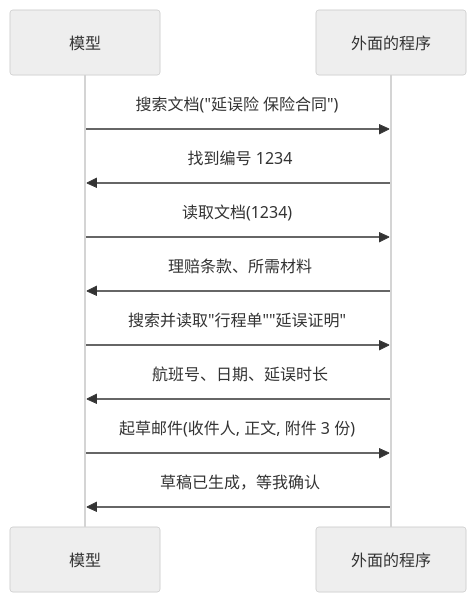
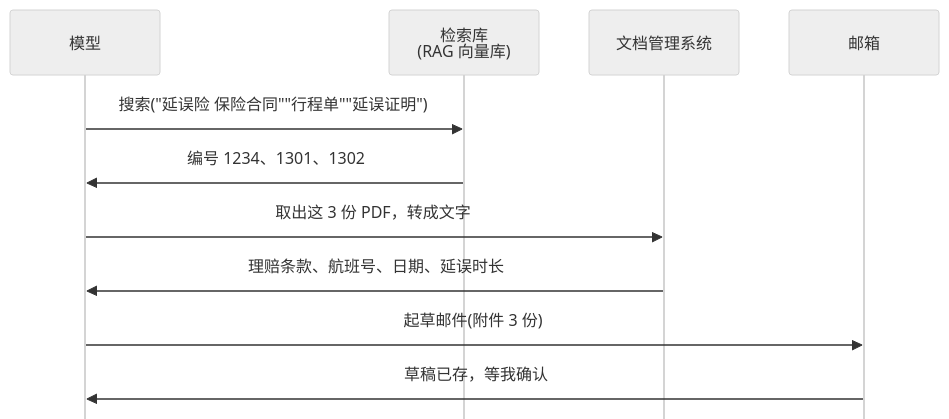
The fourth of 7 diagrams in slides.md (rangerqu/intro-agentic-ai), drawn with Mermaid (neutral theme) before and after one commit. The commit also changed other lines of this file and 1 other file, not shown here.

First line of the commit message:
Nine revisions: cover, hallucination intro, method sources, tool use actors, skill structure, MCP guideline check, subagent wording, Harness data isolation, seminar-minutes example

````diff
--- a/slides.md
+++ b/slides.md
@@ -1406,13 +1399,14 @@
 ```mermaid {scale: 0.6}
+%%{init: {"sequence": {"mirrorActors": false}}}%%
 sequenceDiagram
   participant M as 模型
-  participant T as 外面的程序
-  M->>T: 搜索文档("延误险 保险合同")
-  T->>M: 找到编号 1234
-  M->>T: 读取文档(1234)
-  T->>M: 理赔条款、所需材料
-  M->>T: 搜索并读取"行程单""延误证明"
-  T->>M: 航班号、日期、延误时长
-  M->>T: 起草邮件(收件人, 正文, 附件 3 份)
-  T->>M: 草稿已生成，等我确认
+  participant R as 检索库<br/>(RAG 向量库)
+  participant D as 文档管理系统
+  participant E as 邮箱
+  M->>R: 搜索("延误险 保险合同""行程单""延误证明")
+  R->>M: 编号 1234、1301、1302
+  M->>D: 取出这 3 份 PDF，转成文字
+  D->>M: 理赔条款、航班号、日期、延误时长
+  M->>E: 起草邮件(附件 3 份)
+  E->>M: 草稿已存，等我确认
 ```
````
